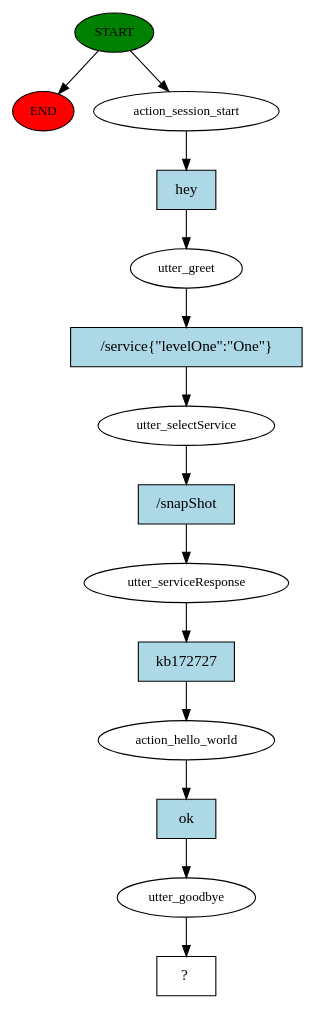
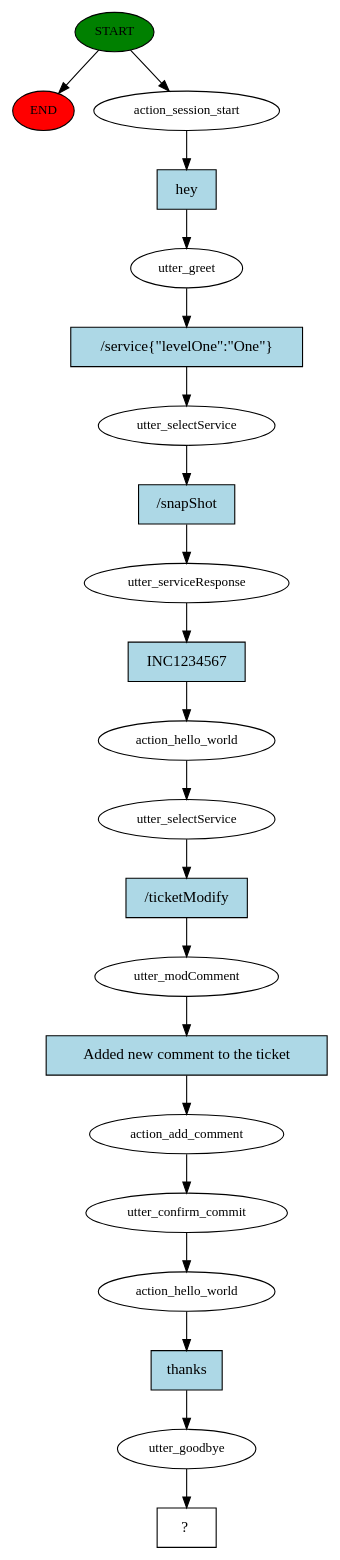
The diagram in story_graph.dot (rohitganju/chatbot_Legacy), drawn with Graphviz before and after one commit. The commit also changed 5 other files, not shown here.

```diff
--- a/story_graph.dot
+++ b/story_graph.dot
@@ -1,29 +1,43 @@
 digraph  {
 0 [class="start active", fillcolor=green, fontsize=12, label=START, style=filled];
 "-1" [class=end, fillcolor=red, fontsize=12, label=END, style=filled];
 1 [class=active, fontsize=12, label=action_session_start];
 2 [class=active, fontsize=12, label=utter_greet];
 3 [class=active, fontsize=12, label=utter_selectService];
 4 [class=active, fontsize=12, label=utter_serviceResponse];
 5 [class=active, fontsize=12, label=action_hello_world];
-6 [class=active, fontsize=12, label=utter_goodbye];
-7 [class="intent dashed active", label="  ?  ", shape=rect];
-8 [class="intent active", fillcolor=lightblue, label=hey, shape=rect, style=filled];
-9 [class="intent active", fillcolor=lightblue, label="/service{\"levelOne\":\"One\"}", shape=rect, style=filled];
-10 [class="intent active", fillcolor=lightblue, label="/snapShot", shape=rect, style=filled];
-11 [class="intent active", fillcolor=lightblue, label=kb172727, shape=rect, style=filled];
-12 [class="intent active", fillcolor=lightblue, label=ok, shape=rect, style=filled];
+6 [class=active, fontsize=12, label=utter_selectService];
+7 [class=active, fontsize=12, label=utter_modComment];
+8 [class=active, fontsize=12, label=action_add_comment];
+9 [class=active, fontsize=12, label=utter_confirm_commit];
+10 [class=active, fontsize=12, label=action_hello_world];
+11 [class=active, fontsize=12, label=utter_goodbye];
+12 [class="intent dashed active", label="  ?  ", shape=rect];
+13 [class="intent active", fillcolor=lightblue, label=hey, shape=rect, style=filled];
+14 [class="intent active", fillcolor=lightblue, label="/service{\"levelOne\":\"One\"}", shape=rect, style=filled];
+15 [class="intent active", fillcolor=lightblue, label="/snapShot", shape=rect, style=filled];
+16 [class="intent active", fillcolor=lightblue, label=INC1234567, shape=rect, style=filled];
+17 [class="intent active", fillcolor=lightblue, label="/ticketModify", shape=rect, style=filled];
+18 [class="intent active", fillcolor=lightblue, label="Added new comment to the ticket", shape=rect, style=filled];
+19 [class="intent active", fillcolor=lightblue, label=thanks, shape=rect, style=filled];
 0 -> "-1"  [class="", key=NONE, label=""];
 0 -> 1  [class=active, key=NONE, label=""];
-1 -> 8  [class=active, key=0];
-2 -> 9  [class=active, key=0];
-3 -> 10  [class=active, key=0];
-4 -> 11  [class=active, key=0];
-5 -> 12  [class=active, key=0];
-6 -> 7  [class=active, key=NONE, label=""];
-8 -> 2  [class=active, key=0];
-9 -> 3  [class=active, key=0];
-10 -> 4  [class=active, key=0];
-11 -> 5  [class=active, key=0];
-12 -> 6  [class=active, key=0];
+1 -> 13  [class=active, key=0];
+2 -> 14  [class=active, key=0];
+3 -> 15  [class=active, key=0];
+4 -> 16  [class=active, key=0];
+5 -> 6  [class=active, key=NONE, label=""];
+6 -> 17  [class=active, key=0];
+7 -> 18  [class=active, key=0];
+8 -> 9  [class=active, key=NONE, label=""];
+9 -> 10  [class=active, key=NONE, label=""];
+10 -> 19  [class=active, key=0];
+11 -> 12  [class=active, key=NONE, label=""];
+13 -> 2  [class=active, key=0];
+14 -> 3  [class=active, key=0];
+15 -> 4  [class=active, key=0];
+16 -> 5  [class=active, key=0];
+17 -> 7  [class=active, key=0];
+18 -> 8  [class=active, key=0];
+19 -> 11  [class=active, key=0];
 }
```
